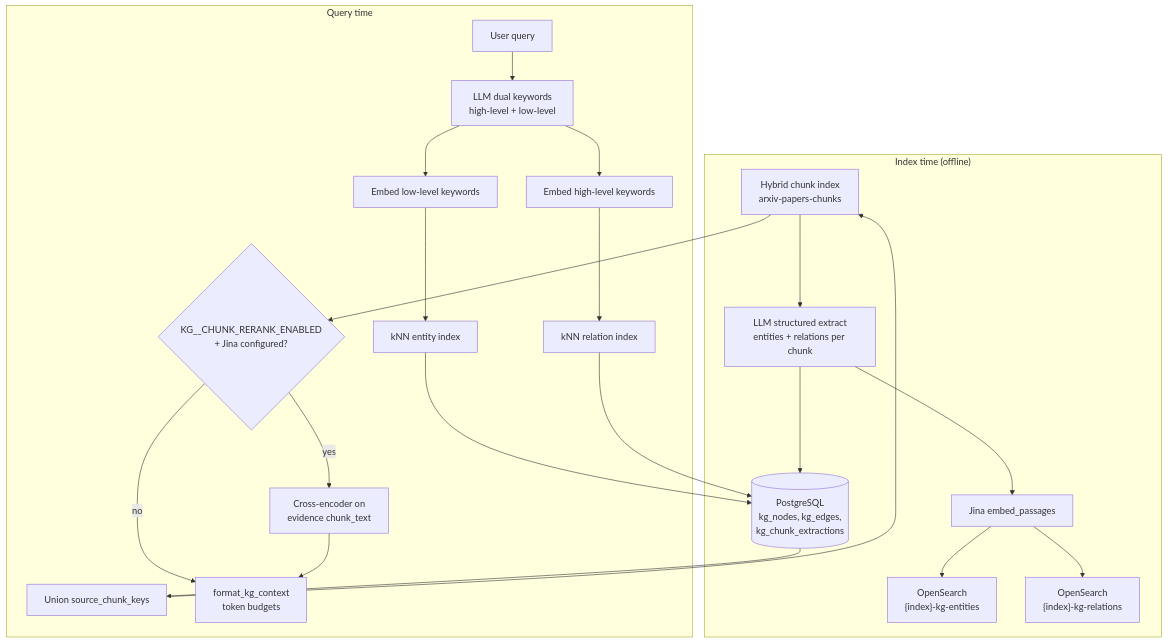
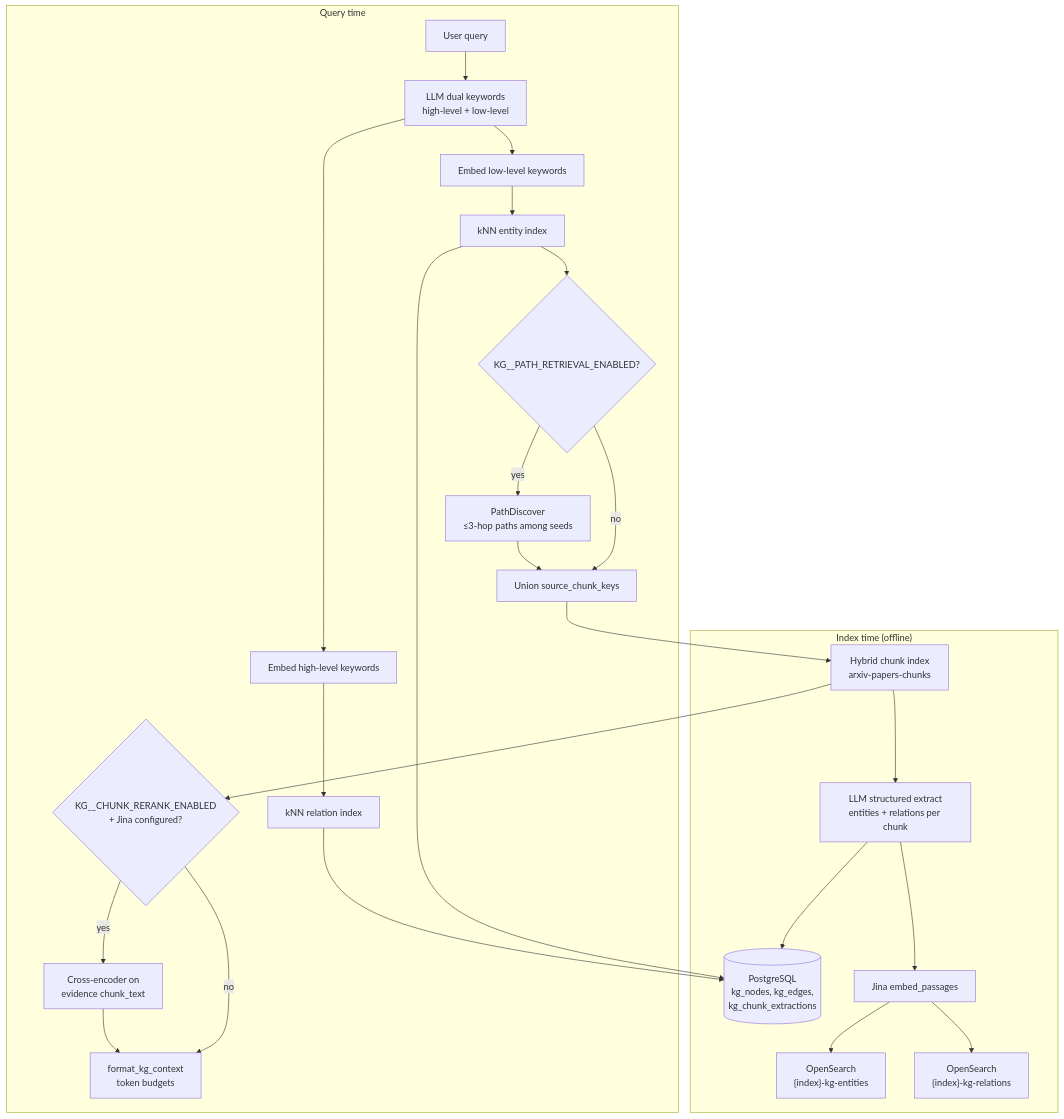
One commit to apssouza22/production-rag changed the second of 11 diagrams in docs/knowledge-graph.md. Above: the diagram before and after it, drawn with Mermaid. The commit also changed other lines of this file and 15 other files, not shown here.

````diff
--- a/docs/knowledge-graph.md
+++ b/docs/knowledge-graph.md
@@ -39,32 +41,35 @@
 ```mermaid
 flowchart TB
     subgraph index_time["Index time (offline)"]
         CH["Hybrid chunk index<br/>arxiv-papers-chunks"]
         LLM1["LLM structured extract<br/>entities + relations per chunk"]
         PG[("PostgreSQL<br/>kg_nodes, kg_edges,<br/>kg_chunk_extractions")]
         EMB["Jina embed_passages"]
         OS_E["OpenSearch<br/>{index}-kg-entities"]
         OS_R["OpenSearch<br/>{index}-kg-relations"]
         CH --> LLM1
         LLM1 --> PG
         LLM1 --> EMB
         EMB --> OS_E
         EMB --> OS_R
     end
 
     subgraph query_time["Query time"]
         Q["User query"] --> LLM2["LLM dual keywords<br/>high-level + low-level"]
         LLM2 --> E1["Embed low-level keywords"]
         LLM2 --> E2["Embed high-level keywords"]
         E1 --> KNN_E["kNN entity index"]
         E2 --> KNN_R["kNN relation index"]
         KNN_E --> PG
         KNN_R --> PG
-        PG --> KEYS["Union source_chunk_keys"]
+        KNN_E --> PATH{"KG__PATH_RETRIEVAL_ENABLED?"}
+        PATH -->|yes| PD["PathDiscover<br/>≤3-hop paths among seeds"]
+        PATH -->|no| KEYS["Union source_chunk_keys"]
+        PD --> KEYS
         KEYS --> CH
         CH --> RR{"KG__CHUNK_RERANK_ENABLED<br/>+ Jina configured?"}
         RR -->|yes| RRN["Cross-encoder on<br/>evidence chunk_text"]
         RR -->|no| CTX["format_kg_context<br/>token budgets"]
         RRN --> CTX
     end
 ```
````
